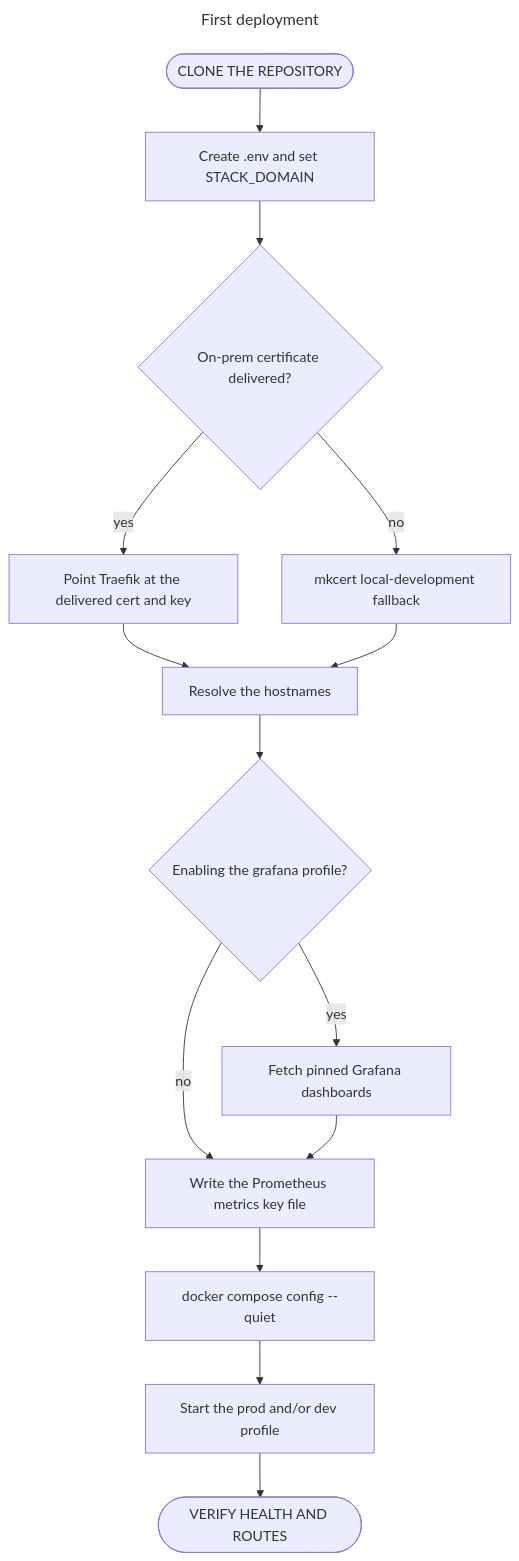
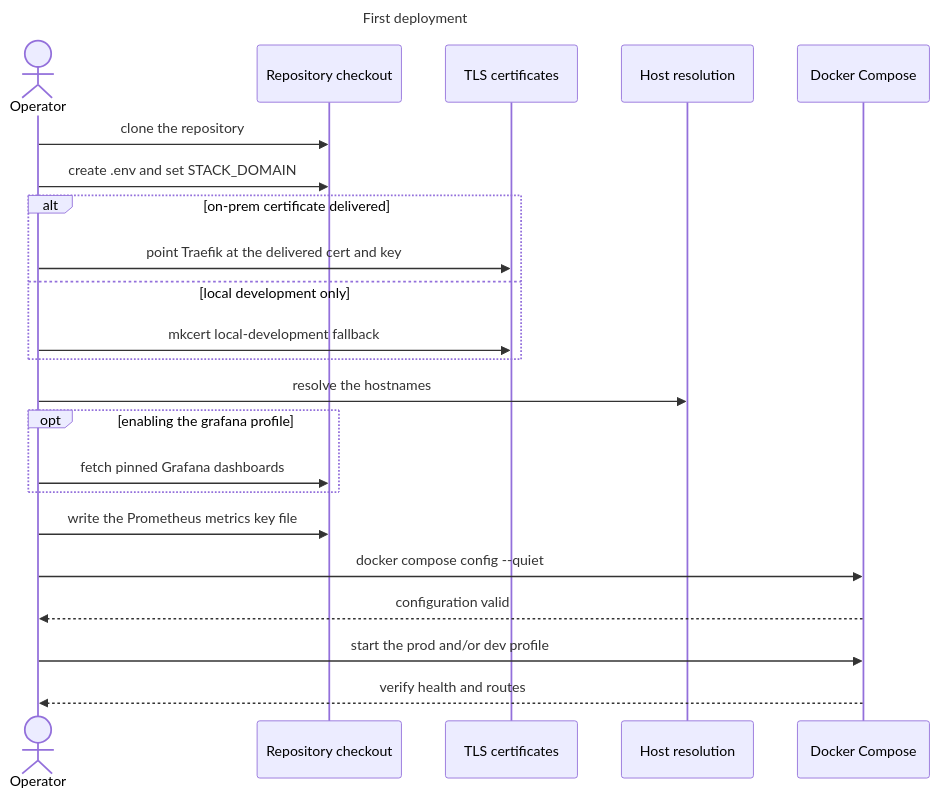
The diagram in diagrams/19-first-deployment-flow.mmd (bella-1337/effective-spoon), drawn with Mermaid before and after one commit. The commit also changed 27 other files, not shown here.

First line of the commit message:
Draw the flow diagrams as animated sequence diagrams

```diff
--- a/diagrams/19-first-deployment-flow.mmd
+++ b/diagrams/19-first-deployment-flow.mmd
@@ -1,34 +1,31 @@
 ---
 title: First deployment
 ---
-flowchart TD
+sequenceDiagram
   %% Source for 19-first-deployment-flow.html. Edit this file, then run ./scripts/render-diagrams.py.
   %% Directives: docs in diagrams/README.md (Updating diagrams).
   %% @subtitle The getting-started steps, including the on-prem versus local-development TLS choice
+  %% @type cloud: DC
+  %% @type security: TLS
+  actor OP as Operator
+  participant REPO as Repository checkout
+  participant TLS as TLS certificates
+  participant HOST as Host resolution
+  participant DC as Docker Compose
 
-  S(["CLONE THE REPOSITORY"])
-  ENV["Create .env and set STACK_DOMAIN"]
-  TLS{"On-prem certificate delivered?"}
-  DEL["Point Traefik at the delivered cert and key"]
-  MK["mkcert local-development fallback"]
-  HOST["Resolve the hostnames"]
-  GF{"Enabling the grafana profile?"}
-  FD["Fetch pinned Grafana dashboards"]
-  KEY["Write the Prometheus metrics key file"]
-  VAL["docker compose config --quiet"]
-  UP["Start the prod and/or dev profile"]
-  E(["VERIFY HEALTH AND ROUTES"])
-
-  S --> ENV
-  ENV --> TLS
-  TLS -->|"yes"| DEL
-  TLS -->|"no"| MK
-  DEL --> HOST
-  MK --> HOST
-  HOST --> GF
-  GF -->|"yes"| FD
-  GF -->|"no"| KEY
-  FD --> KEY
-  KEY --> VAL
-  VAL --> UP
-  UP --> E
+  OP->>REPO: clone the repository
+  OP->>REPO: create .env and set STACK_DOMAIN
+  alt on-prem certificate delivered
+    OP->>TLS: point Traefik at the delivered cert and key
+  else local development only
+    OP->>TLS: mkcert local-development fallback
+  end
+  OP->>HOST: resolve the hostnames
+  opt enabling the grafana profile
+    OP->>REPO: fetch pinned Grafana dashboards
+  end
+  OP->>REPO: write the Prometheus metrics key file
+  OP->>DC: docker compose config --quiet
+  DC-->>OP: configuration valid
+  OP->>DC: start the prod and/or dev profile
+  DC-->>OP: verify health and routes
```
